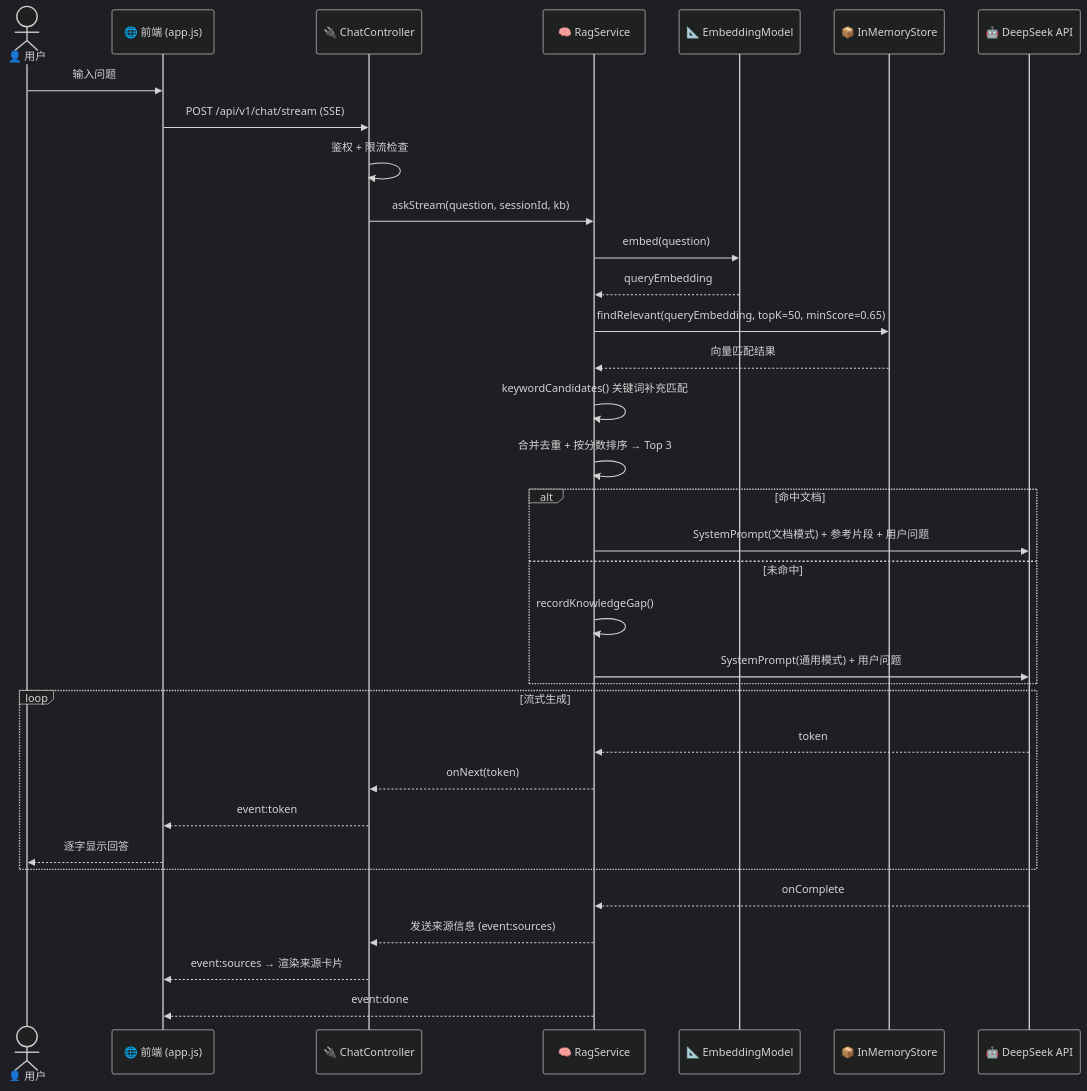
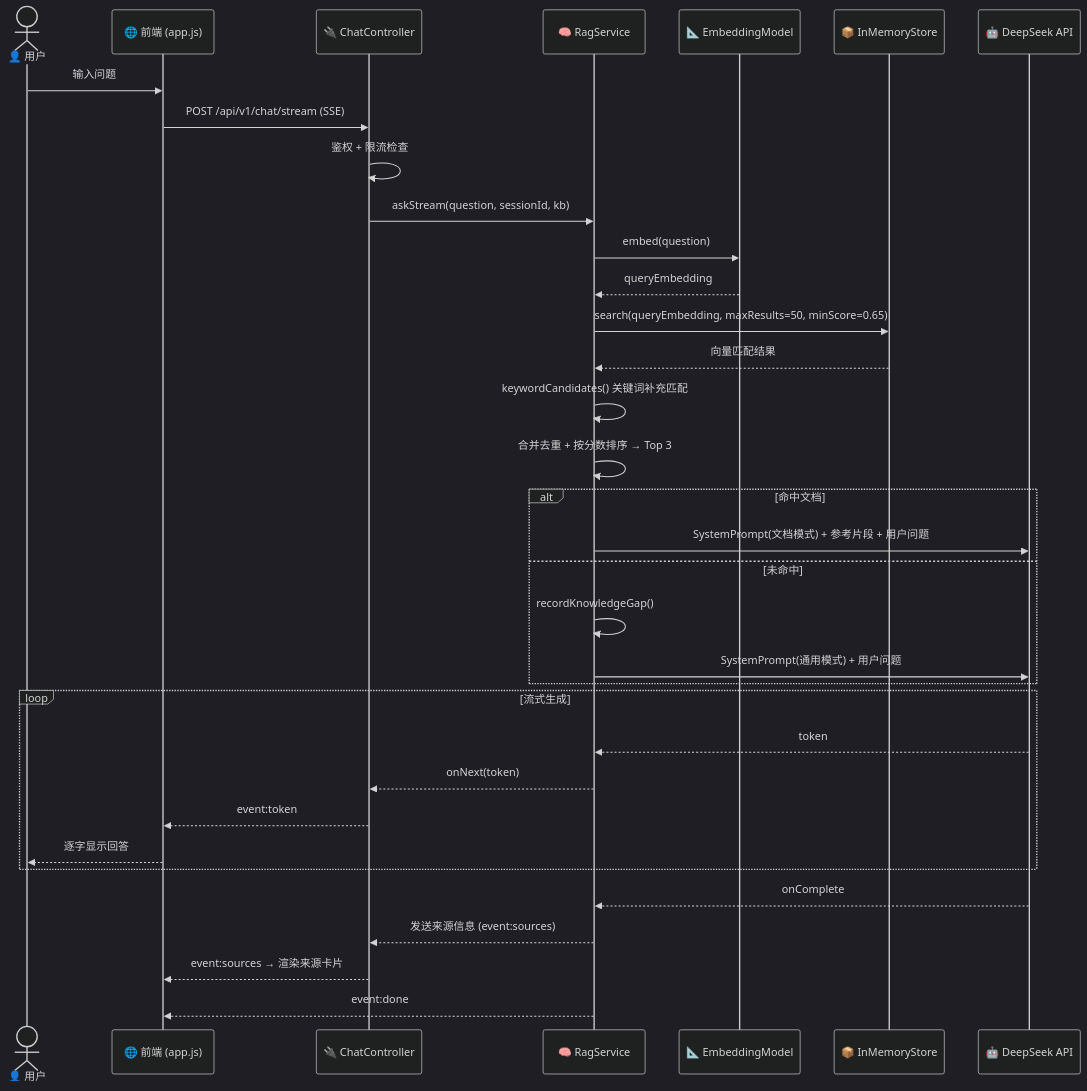
One commit to klaybloom/DocuMind changed the second of 2 diagrams in README.md. Above: the diagram before and after it, drawn with Mermaid (dark theme). The commit also changed other lines of this file and 19 other files, not shown here.

````diff
--- a/README.md
+++ b/README.md
@@ -40,43 +40,43 @@
 ```mermaid
 sequenceDiagram
     actor User as 👤 用户
     participant UI as 🌐 前端 (app.js)
     participant CC as 🔌 ChatController
     participant RS as 🧠 RagService
     participant EM as 📐 EmbeddingModel
     participant VS as 📦 InMemoryStore
     participant LLM as 🤖 DeepSeek API
 
     User->>UI: 输入问题
     UI->>CC: POST /api/v1/chat/stream (SSE)
     CC->>CC: 鉴权 + 限流检查
     CC->>RS: askStream(question, sessionId, kb)
 
     RS->>EM: embed(question)
     EM-->>RS: queryEmbedding
 
-    RS->>VS: findRelevant(queryEmbedding, topK=50, minScore=0.65)
+    RS->>VS: search(queryEmbedding, maxResults=50, minScore=0.65)
     VS-->>RS: 向量匹配结果
 
     RS->>RS: keywordCandidates() 关键词补充匹配
     RS->>RS: 合并去重 + 按分数排序 → Top 3
 
     alt 命中文档
         RS->>LLM: SystemPrompt(文档模式) + 参考片段 + 用户问题
     else 未命中
         RS->>RS: recordKnowledgeGap()
         RS->>LLM: SystemPrompt(通用模式) + 用户问题
     end
 
     loop 流式生成
         LLM-->>RS: token
         RS-->>CC: onNext(token)
         CC-->>UI: event:token
         UI-->>User: 逐字显示回答
     end
 
     LLM-->>RS: onComplete
     RS-->>CC: 发送来源信息 (event:sources)
     CC-->>UI: event:sources → 渲染来源卡片
     RS-->>UI: event:done
 ```
````
